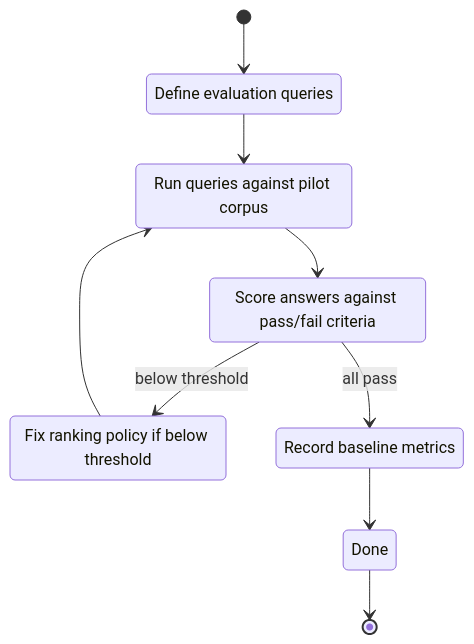
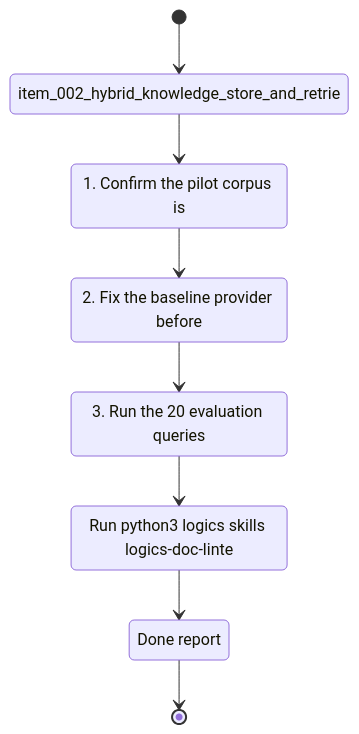
One commit to AlexAgo83/deepvault changed the diagram in logics/tasks/task_008_retrieval_evaluation_set_and_quality_gates.md. Above: the diagram before and after it, drawn with Mermaid. The commit also changed other lines of this file and 4 other files, not shown here.

````diff
--- a/logics/tasks/task_008_retrieval_evaluation_set_and_quality_gates.md
+++ b/logics/tasks/task_008_retrieval_evaluation_set_and_quality_gates.md
@@ -16,18 +16,18 @@
 ```mermaid
 %% logics-kind: task
+%% logics-signature: task|retrieval-evaluation-set-and-quality-gat|item-002-hybrid-knowledge-store-and-retr|1-confirm-the-pilot-corpus-is|run-python3-logics-skills-logics-doc-lin
 stateDiagram-v2
-    state "Define evaluation queries" as Queries
-    state "Run queries against pilot corpus" as Run
-    state "Score answers against pass/fail criteria" as Score
-    state "Fix ranking policy if below threshold" as Fix
-    state "Record baseline metrics" as Baseline
-    state "Done" as Done
-    [*] --> Queries
-    Queries --> Run
-    Run --> Score
-    Score --> Fix : below threshold
-    Fix --> Run
-    Score --> Baseline : all pass
-    Baseline --> Done
-    Done --> [*]
+    state "item_002_hybrid_knowledge_store_and_retrie" as Backlog
+    state "1. Confirm the pilot corpus is" as Scope
+    state "2. Fix the baseline provider before" as Build
+    state "3. Run the 20 evaluation queries" as Verify
+    state "Run python3 logics skills logics-doc-linte" as Validation
+    state "Done report" as Report
+    [*] --> Backlog
+    Backlog --> Scope
+    Scope --> Build
+    Build --> Verify
+    Verify --> Validation
+    Validation --> Report
+    Report --> [*]
 ```
````
